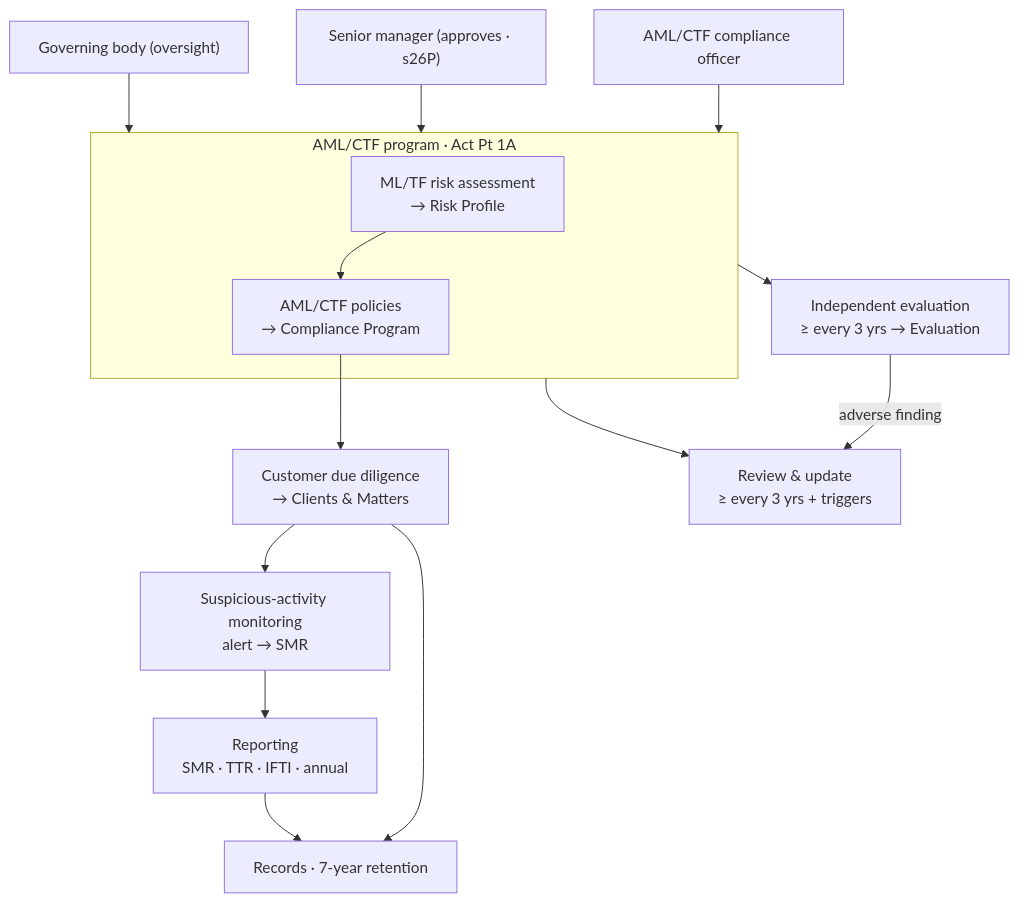
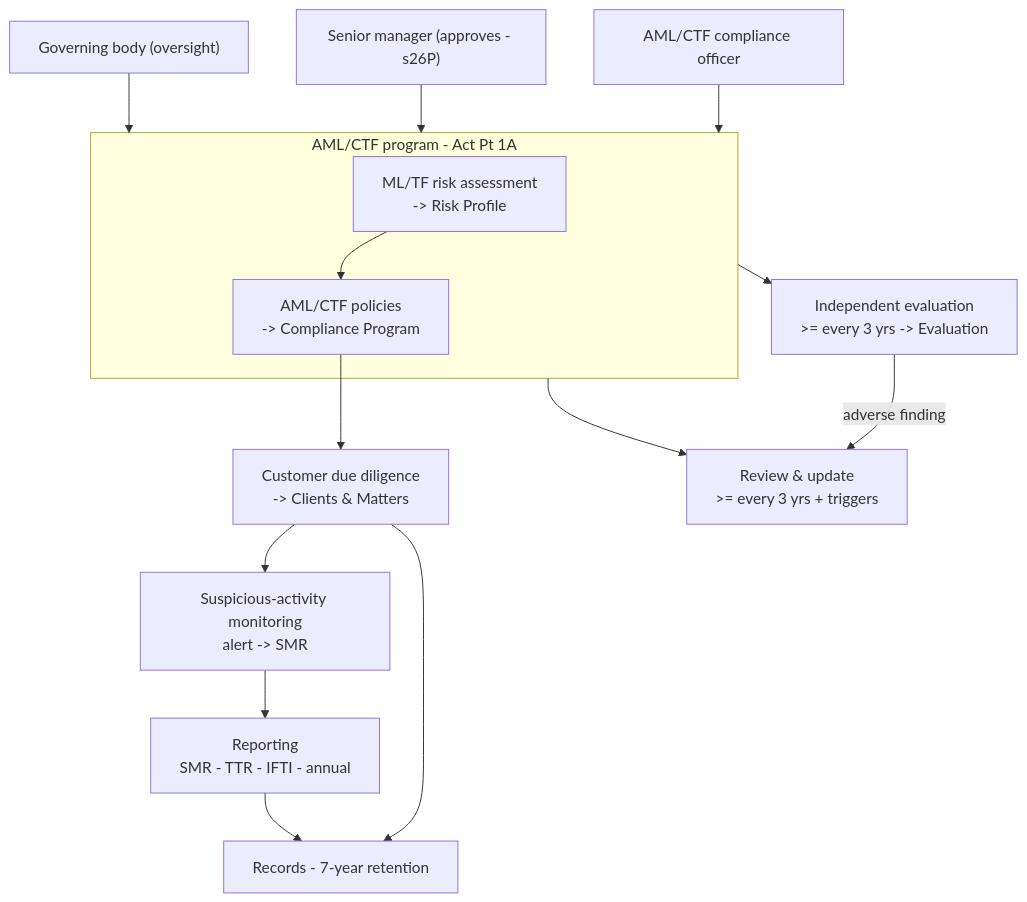
Before and after one commit to JohnJohnW/onus: the second of 3 diagrams in README.md, drawn with Mermaid. The commit also changed other lines of this file and 46 other files, not shown here.

````diff
--- a/README.md
+++ b/README.md
@@ -43,21 +43,21 @@
 ```mermaid
 flowchart TD
   GB["Governing body (oversight)"] --> PROG
-  SM["Senior manager (approves · s26P)"] --> PROG
+  SM["Senior manager (approves - s26P)"] --> PROG
   CO["AML/CTF compliance officer"] --> PROG
 
-  subgraph PROG["AML/CTF program · Act Pt 1A"]
-    RA["ML/TF risk assessment<br/>→ Risk Profile"]
-    POL["AML/CTF policies<br/>→ Compliance Program"]
+  subgraph PROG["AML/CTF program - Act Pt 1A"]
+    RA["ML/TF risk assessment<br/>-> Risk Profile"]
+    POL["AML/CTF policies<br/>-> Compliance Program"]
     RA --> POL
   end
 
-  POL --> CDD["Customer due diligence<br/>→ Clients &amp; Matters"]
-  CDD --> MON["Suspicious-activity monitoring<br/>alert → SMR"]
-  MON --> REP["Reporting<br/>SMR · TTR · IFTI · annual"]
-  PROG --> REV["Review &amp; update<br/>≥ every 3 yrs + triggers"]
-  PROG --> EVAL["Independent evaluation<br/>≥ every 3 yrs → Evaluation"]
-  CDD --> REC["Records · 7-year retention"]
+  POL --> CDD["Customer due diligence<br/>-> Clients &amp; Matters"]
+  CDD --> MON["Suspicious-activity monitoring<br/>alert -> SMR"]
+  MON --> REP["Reporting<br/>SMR - TTR - IFTI - annual"]
+  PROG --> REV["Review &amp; update<br/>>= every 3 yrs + triggers"]
+  PROG --> EVAL["Independent evaluation<br/>>= every 3 yrs -> Evaluation"]
+  CDD --> REC["Records - 7-year retention"]
   REP --> REC
   EVAL -->|adverse finding| REV
 ```
````
